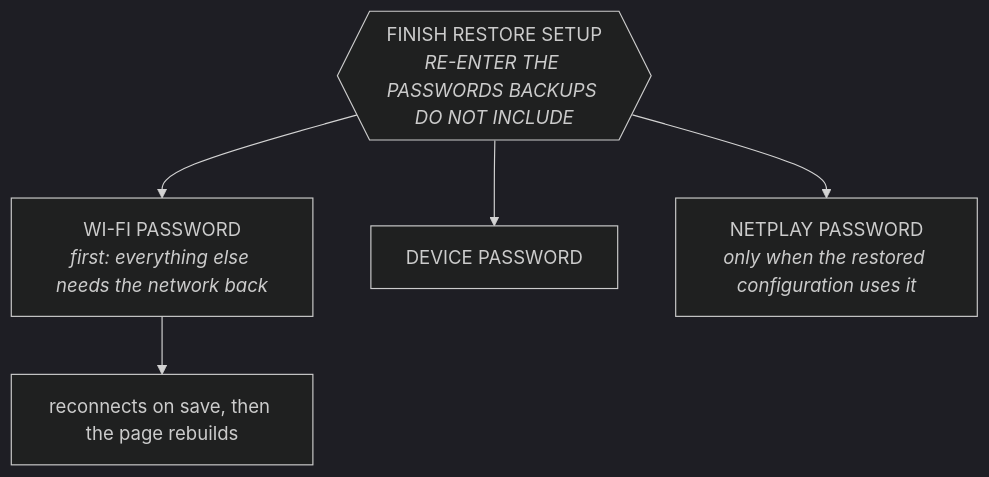
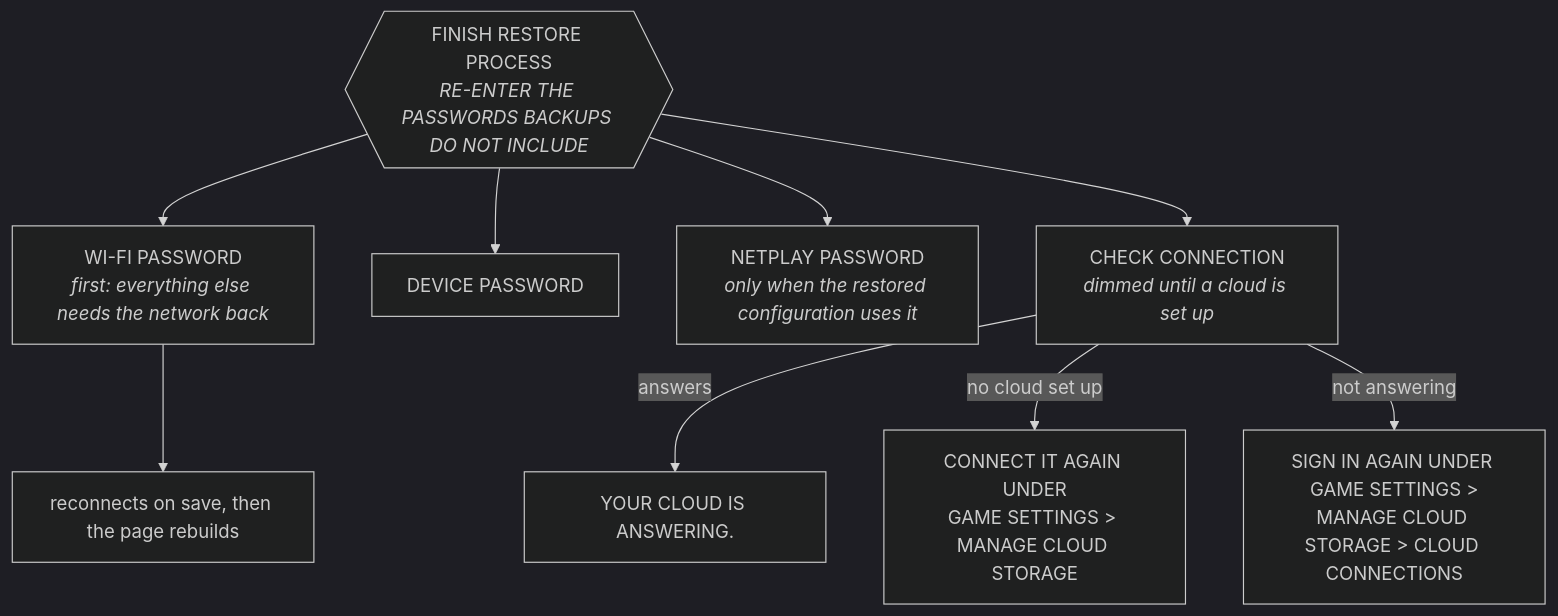
One commit to pixelelated/distribution changed the fifth of 10 diagrams in docs/es-menu-map.md. Above: the diagram before and after it, drawn with Mermaid (dark theme). The commit also changed other lines of this file, not shown here.

````diff
--- a/docs/es-menu-map.md
+++ b/docs/es-menu-map.md
@@ -416,8 +416,12 @@
 ```mermaid
 flowchart TD
-    REL{{FINISH RESTORE SETUP<br/><i>RE-ENTER THE PASSWORDS BACKUPS DO NOT INCLUDE</i>}}
+    REL{{FINISH RESTORE PROCESS<br/><i>RE-ENTER THE PASSWORDS BACKUPS DO NOT INCLUDE</i>}}
     REL --> WIFI[WI-FI PASSWORD<br/><i>first: everything else needs the network back</i>]
     REL --> DEV[DEVICE PASSWORD]
     REL --> NP[NETPLAY PASSWORD<br/><i>only when the restored configuration uses it</i>]
     WIFI --> RECONNECT[reconnects on save, then the page rebuilds]
+    REL --> CHK[CHECK CONNECTION<br/><i>dimmed until a cloud is set up</i>]
+    CHK -->|answers| OKC[YOUR CLOUD IS ANSWERING.]
+    CHK -->|no cloud set up| NOCLOUD[CONNECT IT AGAIN UNDER<br/>GAME SETTINGS > MANAGE CLOUD STORAGE]
+    CHK -->|not answering| NOANS[SIGN IN AGAIN UNDER GAME SETTINGS ><br/>MANAGE CLOUD STORAGE > CLOUD CONNECTIONS]
 ```
````
